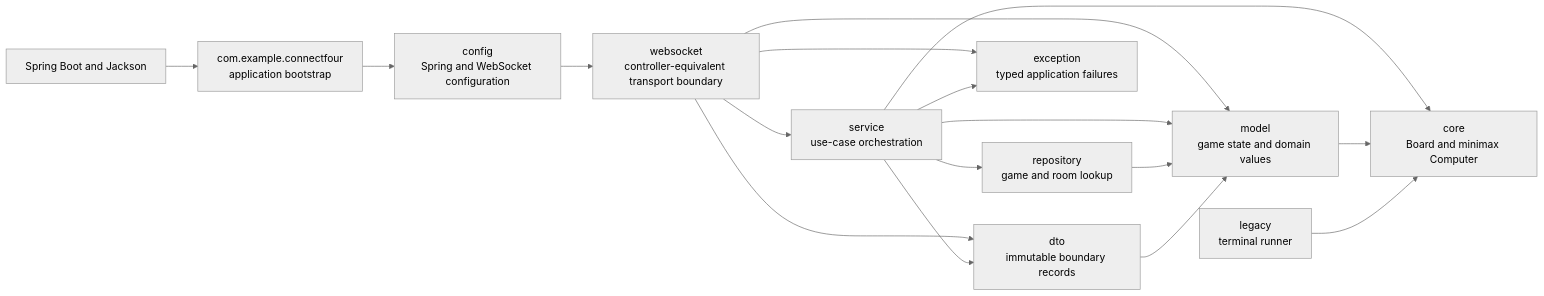
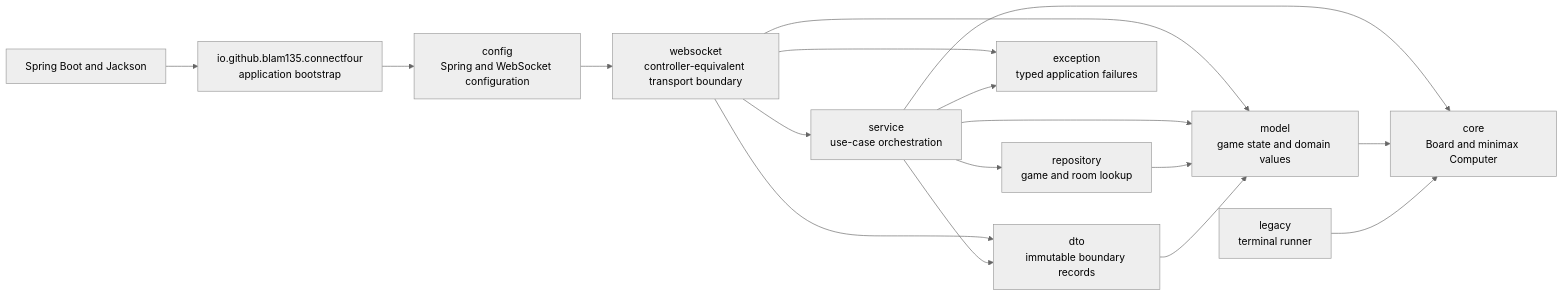
Before and after one commit to blam135/Connect-4-Game: the first of 3 diagrams in docs/backend-design.md, drawn with Mermaid (neutral theme). The commit also changed 52 other files, not shown here.

````diff
--- a/docs/backend-design.md
+++ b/docs/backend-design.md
@@ -12,31 +12,31 @@
 ```mermaid
 flowchart LR
-    Boot["com.example.connectfour<br/>application bootstrap"]
+    Boot["io.github.blam135.connectfour<br/>application bootstrap"]
     Config["config<br/>Spring and WebSocket configuration"]
     Transport["websocket<br/>controller-equivalent transport boundary"]
     Service["service<br/>use-case orchestration"]
     Repository["repository<br/>game and room lookup"]
     Model["model<br/>game state and domain values"]
     Dto["dto<br/>immutable boundary records"]
     Exception["exception<br/>typed application failures"]
     Core["core<br/>Board and minimax Computer"]
     Legacy["legacy<br/>terminal runner"]
     Spring["Spring Boot and Jackson"]
 
     Spring --> Boot
     Boot --> Config
     Config --> Transport
     Transport --> Service
     Transport --> Dto
     Transport --> Model
     Transport --> Exception
     Service --> Repository
     Service --> Model
     Service --> Dto
     Service --> Exception
     Service --> Core
     Repository --> Model
     Model --> Core
     Dto --> Model
     Legacy --> Core
 ```
````
